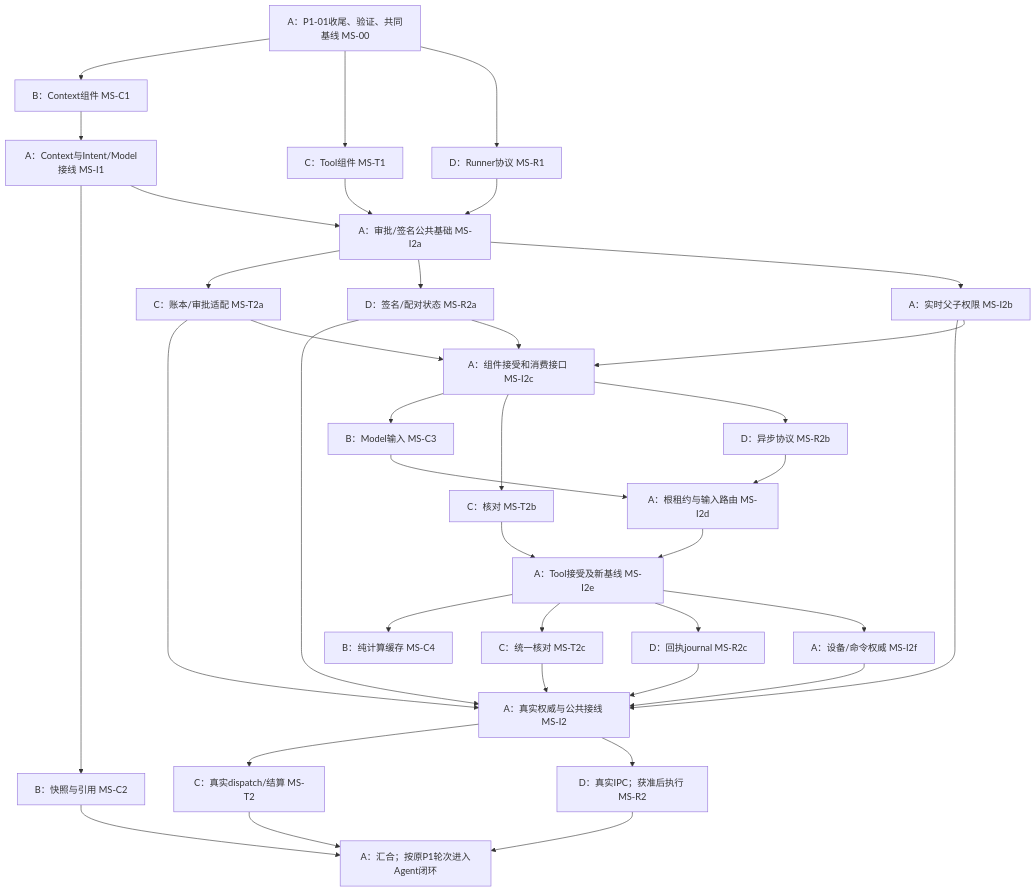
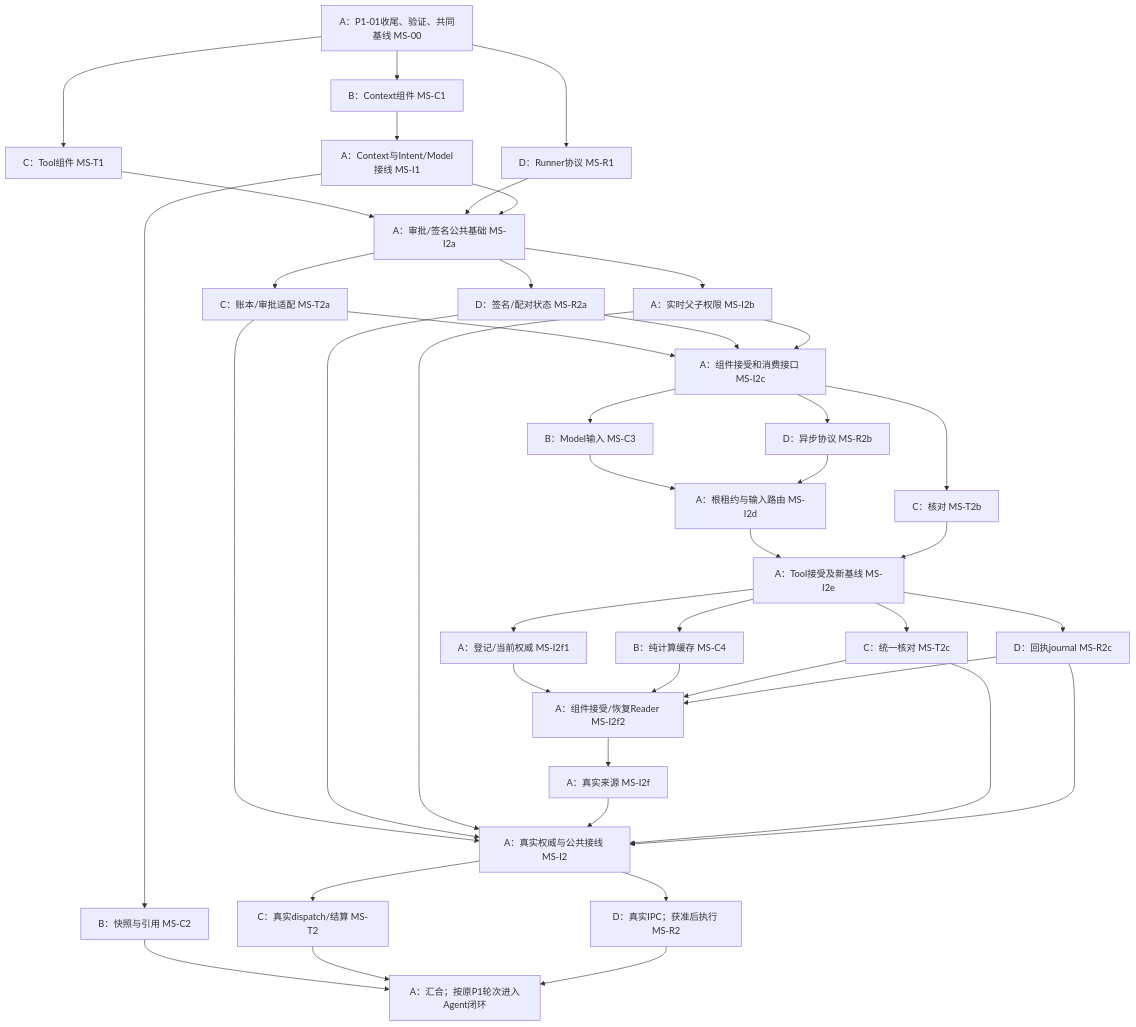
Before and after one commit to Guozai3633/UAW: the diagram in docs/plan/PARALLEL.md, drawn with Mermaid. The commit also changed other lines of this file and 38 other files, not shown here.

````diff
--- a/docs/plan/PARALLEL.md
+++ b/docs/plan/PARALLEL.md
@@ -44,39 +44,44 @@
 ```mermaid
 flowchart TD
   A0["A：P1-01收尾、验证、共同基线 MS-00"] --> B1["B：Context组件 MS-C1"]
   A0 --> C1["C：Tool组件 MS-T1"]
   A0 --> D1["D：Runner协议 MS-R1"]
   B1 --> I1["A：Context与Intent/Model接线 MS-I1"]
   I1 --> B2["B：快照与引用 MS-C2"]
   C1 --> I2a["A：审批/签名公共基础 MS-I2a"]
   D1 --> I2a
   I1 --> I2a
   I2a --> C2a["C：账本/审批适配 MS-T2a"]
   I2a --> D2a["D：签名/配对状态 MS-R2a"]
   I2a --> I2b["A：实时父子权限 MS-I2b"]
   C2a --> I2["A：真实权威与公共接线 MS-I2"]
   D2a --> I2
   I2b --> I2
   C2a --> I2c["A：组件接受和消费接口 MS-I2c"]
   D2a --> I2c
   I2b --> I2c
   I2c --> B3["B：Model输入 MS-C3"]
   I2c --> C2b["C：核对 MS-T2b"]
   I2c --> D2b["D：异步协议 MS-R2b"]
   B3 --> I2d["A：根租约与输入路由 MS-I2d"]
   D2b --> I2d
   I2d --> I2e["A：Tool接受及新基线 MS-I2e"]
   C2b --> I2e
   I2e --> B4["B：纯计算缓存 MS-C4"]
   I2e --> C2c["C：统一核对 MS-T2c"]
   I2e --> D2c["D：回执journal MS-R2c"]
-  I2e --> I2f["A：设备/命令权威 MS-I2f"]
+  I2e --> I2f1["A：登记/当前权威 MS-I2f1"]
+  I2f1 --> I2f2["A：组件接受/恢复Reader MS-I2f2"]
+  B4 --> I2f2
+  C2c --> I2f2
+  D2c --> I2f2
+  I2f2 --> I2f["A：真实来源 MS-I2f"]
   I2f --> I2
   C2c --> I2
   D2c --> I2
   I2 --> C2["C：真实dispatch/结算 MS-T2"]
   I2 --> D2["D：真实IPC；获准后执行 MS-R2"]
   B2 --> I3["A：汇合；按原P1轮次进入Agent闭环"]
   C2 --> I3
   D2 --> I3
 ```
````
